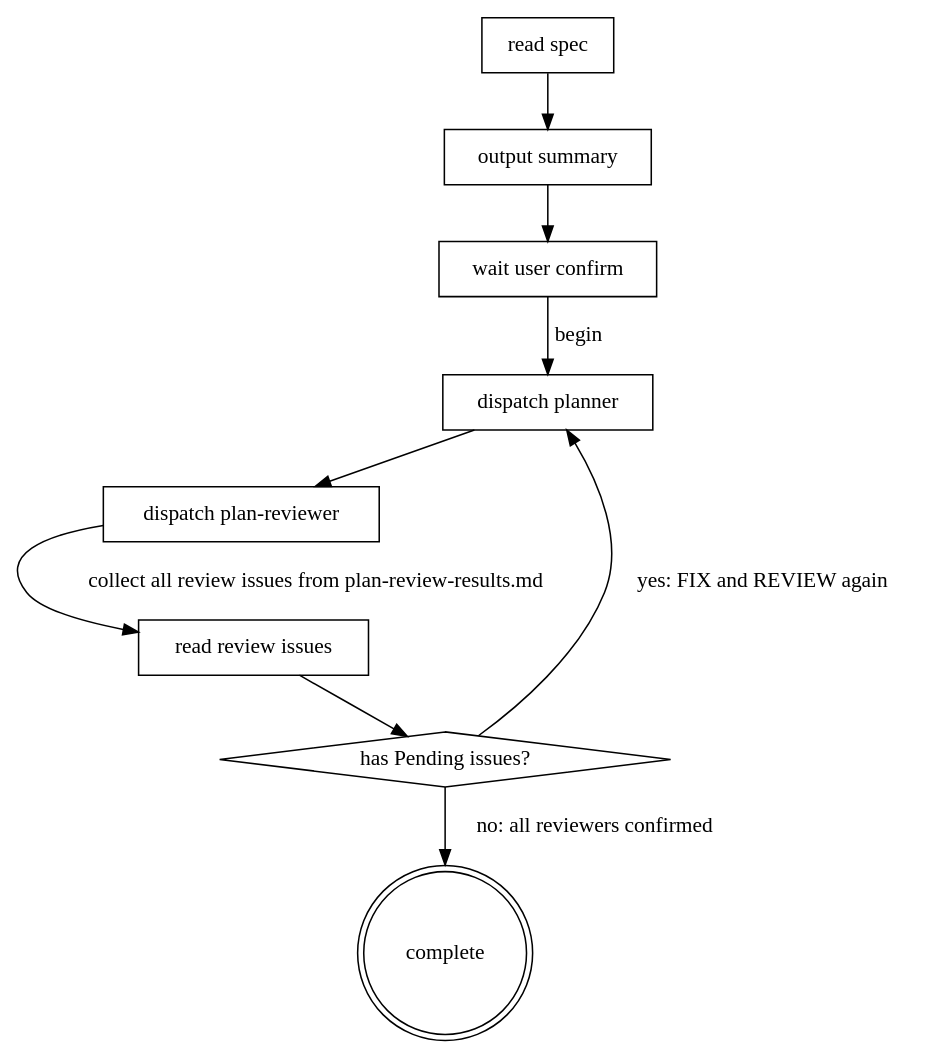
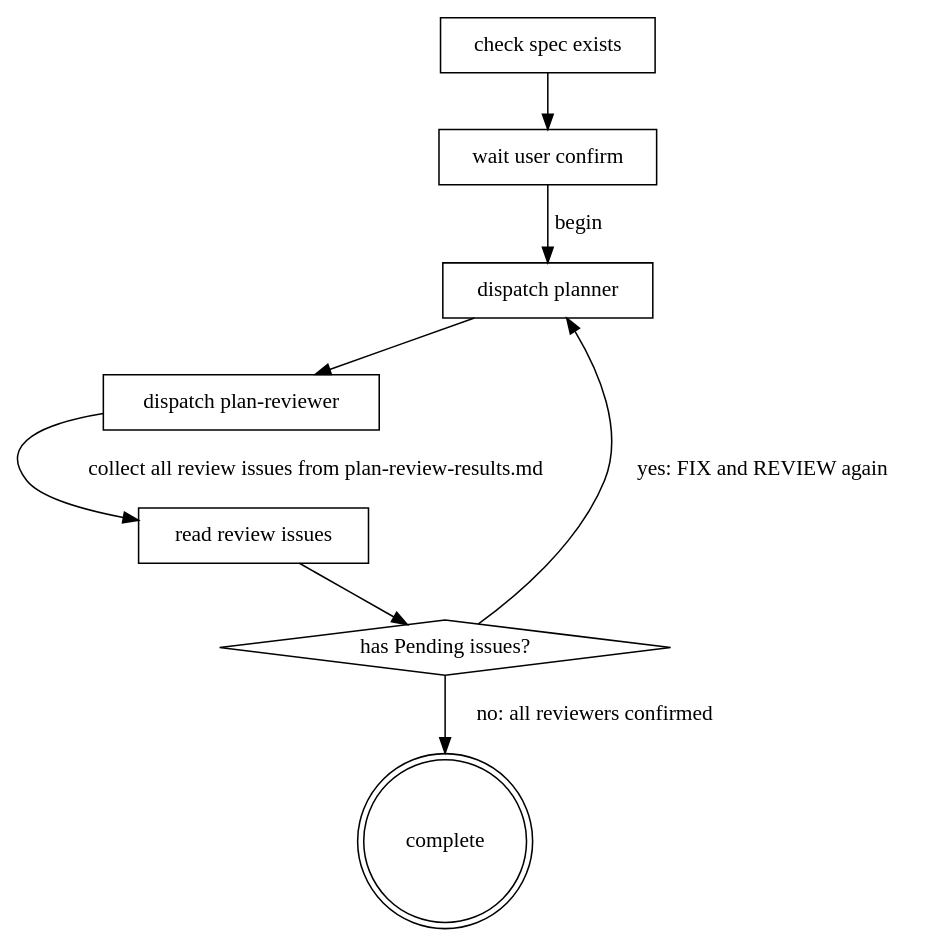
One commit to abadcafe/superteam changed the diagram in skills/planning/SKILL.md. Above: the diagram before and after it, drawn with Graphviz. The commit also changed other lines of this file and 8 other files, not shown here.

````diff
--- a/skills/planning/SKILL.md
+++ b/skills/planning/SKILL.md
@@ -40,21 +41,19 @@
 ```dot
 digraph planning_flow {
-  "read spec" [shape=box]
-  "output summary" [shape=box]
+  "check spec exists" [shape=box]
   "wait user confirm" [shape=box]
   "dispatch planner" [shape=box]
   "dispatch plan-reviewer" [shape=box]
   "read review issues" [shape=box]
   "has Pending issues?" [shape=diamond]
   "complete" [shape=doublecircle]
 
-  "read spec" -> "output summary"
-  "output summary" -> "wait user confirm"
+  "check spec exists" -> "wait user confirm"
   "wait user confirm" -> "dispatch planner" [label="begin"]
   "dispatch planner" -> "dispatch plan-reviewer"
   "dispatch plan-reviewer" -> "read review issues" [label="collect all review issues from plan-review-results.md"]
   "read review issues" -> "has Pending issues?"
   "has Pending issues?" -> "dispatch planner" [label="yes: FIX and REVIEW again"]
   "has Pending issues?" -> "complete" [label="no: all reviewers confirmed"]
 }
 ```
````
